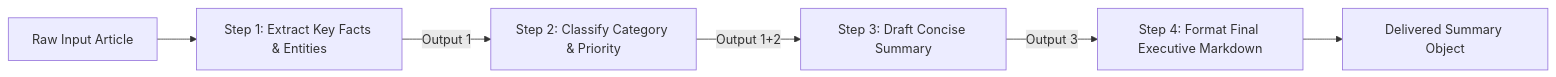
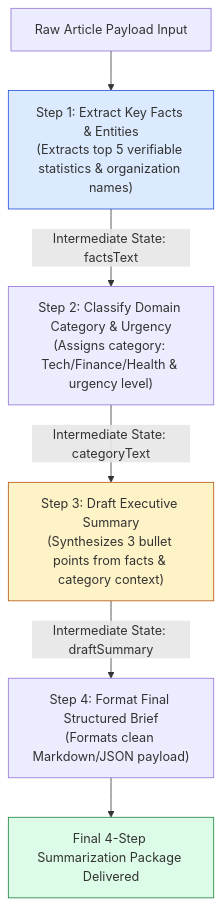
The first of 3 diagrams in agentic-ai-notes/01-chai-summarizer/04-summarize-chain.md (Amie-dev/engineering-playbook), drawn with Mermaid before and after one commit. The commit also changed other lines of this file and 9 other files, not shown here.

First line of the commit message:
Refactor and enhance documentation for multi-chain orchestration, token counting, cost tracking, and API server architecture

````diff
--- a/agentic-ai-notes/01-chai-summarizer/04-summarize-chain.md
+++ b/agentic-ai-notes/01-chai-summarizer/04-summarize-chain.md
@@ -10,8 +13,16 @@
 ```mermaid
-flowchart LR
-    Input[Raw Input Article] --> Step1["Step 1: Extract Key Facts & Entities"]
-    Step1 -->|Output 1| Step2["Step 2: Classify Category & Priority"]
-    Step2 -->|Output 1+2| Step3["Step 3: Draft Concise Summary"]
-    Step3 -->|Output 3| Step4["Step 4: Format Final Executive Markdown"]
-    Step4 --> FinalOutput[Delivered Summary Object]
+flowchart TD
+    RawArticle[Raw Article Payload Input] --> Step1["Step 1: Extract Key Facts & Entities<br/>(Extracts top 5 verifiable statistics & organization names)"]
+
+    Step1 -->|Intermediate State: factsText| Step2["Step 2: Classify Domain Category & Urgency<br/>(Assigns category: Tech/Finance/Health & urgency level)"]
+
+    Step2 -->|Intermediate State: categoryText| Step3["Step 3: Draft Executive Summary<br/>(Synthesizes 3 bullet points from facts & category context)"]
+
+    Step3 -->|Intermediate State: draftSummary| Step4["Step 4: Format Final Structured Brief<br/>(Formats clean Markdown/JSON payload)"]
+
+    Step4 --> DeliveredPackage[Final 4-Step Summarization Package Delivered]
+
+    style Step1 fill:#dbeafe,stroke:#1d4ed8
+    style Step3 fill:#fef3c7,stroke:#b45309
+    style DeliveredPackage fill:#dcfce7,stroke:#15803d
 ```
````
